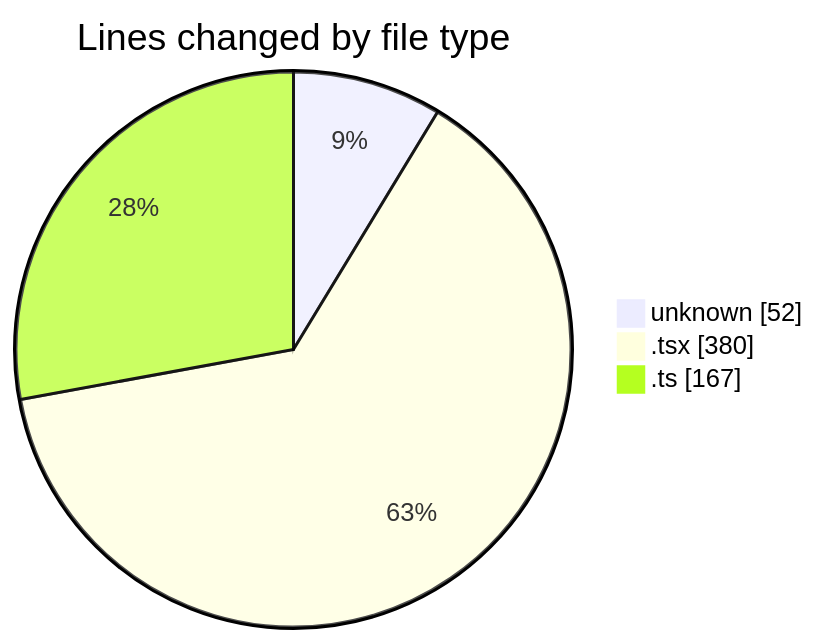
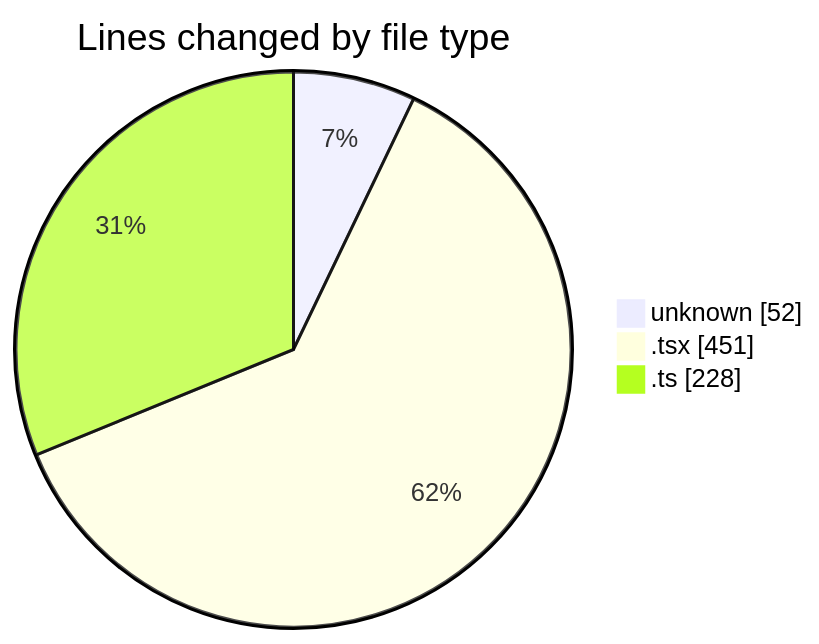
The first of 2 diagrams in 2025-06-02/ecodeli-1/README.md (CELIANVF/code-tracking), drawn with Mermaid before and after one commit. The commit also changed other lines of this file and 1 other file, not shown here.

````diff
--- a/2025-06-02/ecodeli-1/README.md
+++ b/2025-06-02/ecodeli-1/README.md
@@ -38,7 +43,7 @@
 ```mermaid
 pie showData
 title Lines changed by file type
 "unknown" : 52
-".tsx" : 380
-".ts" : 167
+".tsx" : 451
+".ts" : 228
 ```
````
